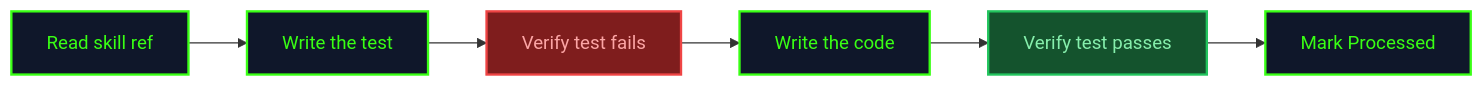
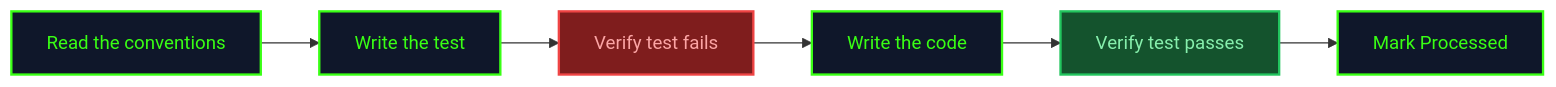
Before and after one commit to fondative/claude-code-ecosystem: the tenth of 15 diagrams in docs/en/guide/methodology.md, drawn with Mermaid. The commit also changed other lines of this file and 395 other files, not shown here.

````diff
--- a/docs/en/guide/methodology.md
+++ b/docs/en/guide/methodology.md
@@ -467,19 +584,19 @@
 ```mermaid
 graph LR
-    R["Read skill ref"]
+    R["Read the conventions"]
     T["Write the test"]
     F["Verify test fails"]
     I["Write the code"]
     P["Verify test passes"]
     M["Mark Processed"]
 
     R --> T --> F --> I --> P --> M
 
     classDef step fill:#0f172a,stroke:#39ff14,stroke-width:2px,color:#39ff14
     classDef fail fill:#7f1d1d,stroke:#ef4444,stroke-width:2px,color:#fca5a5
     classDef pass fill:#14532d,stroke:#22c55e,stroke-width:2px,color:#86efac
 
     class R,T,I,M step
     class F fail
     class P pass
 ```
````
